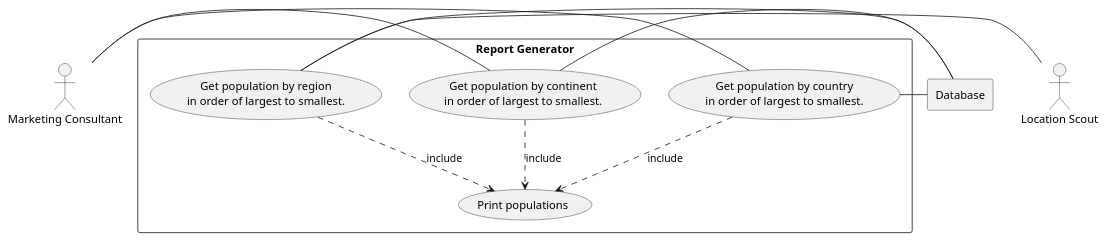
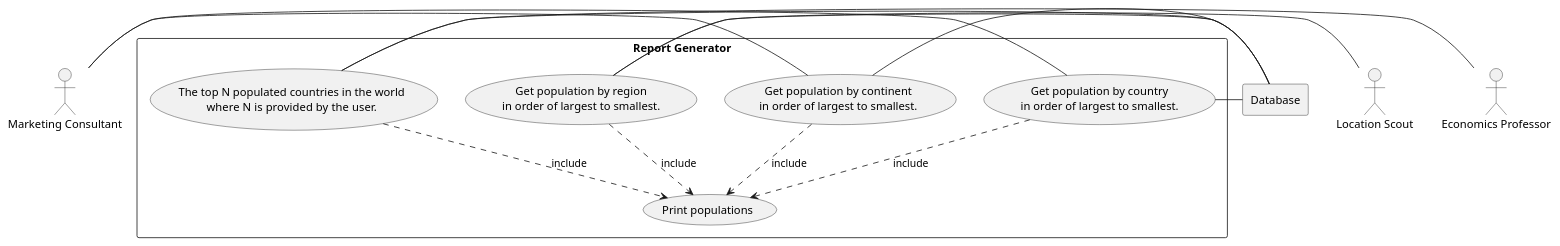
One commit to Scott-Darroch/Group_1_Coursework_SEM changed the diagram in use-cases/Report Generator.puml. Above: the diagram before and after it, drawn with PlantUML.

Commit message:
Addition Use case diagram

```diff
--- a/use-cases/Report Generator.puml
+++ b/use-cases/Report Generator.puml
@@ -1,30 +1,37 @@
 @startuml
 
 actor MC as "Marketing Consultant"
 actor LS as "Location Scout"
+actor EP as "Economics Professor"
 
 rectangle Database
 
 rectangle "Report Generator" {
     usecase UC1 as "Get population by country
     in order of largest to smallest."
 
     usecase UCa as "Print populations"
 
     MC - UC1
     UC1 ..> UCa : include
     UC1 - Database
 
     usecase UC2 as "Get population by continent
     in order of largest to smallest."
     MC - UC2
     UC2 ..> UCa : include
     UC2 - Database
 
     usecase UC3 as "Get population by region
     in order of largest to smallest."
     LS - UC3
     UC3 ..> UCa : include
     UC3 - Database
 
+    usecase UC4 as "The top N populated countries in the world
+    where N is provided by the user."
+    EP - UC4
+    UC4 ..> UCa : include
+    UC4 - Database
+
 @enduml
```
